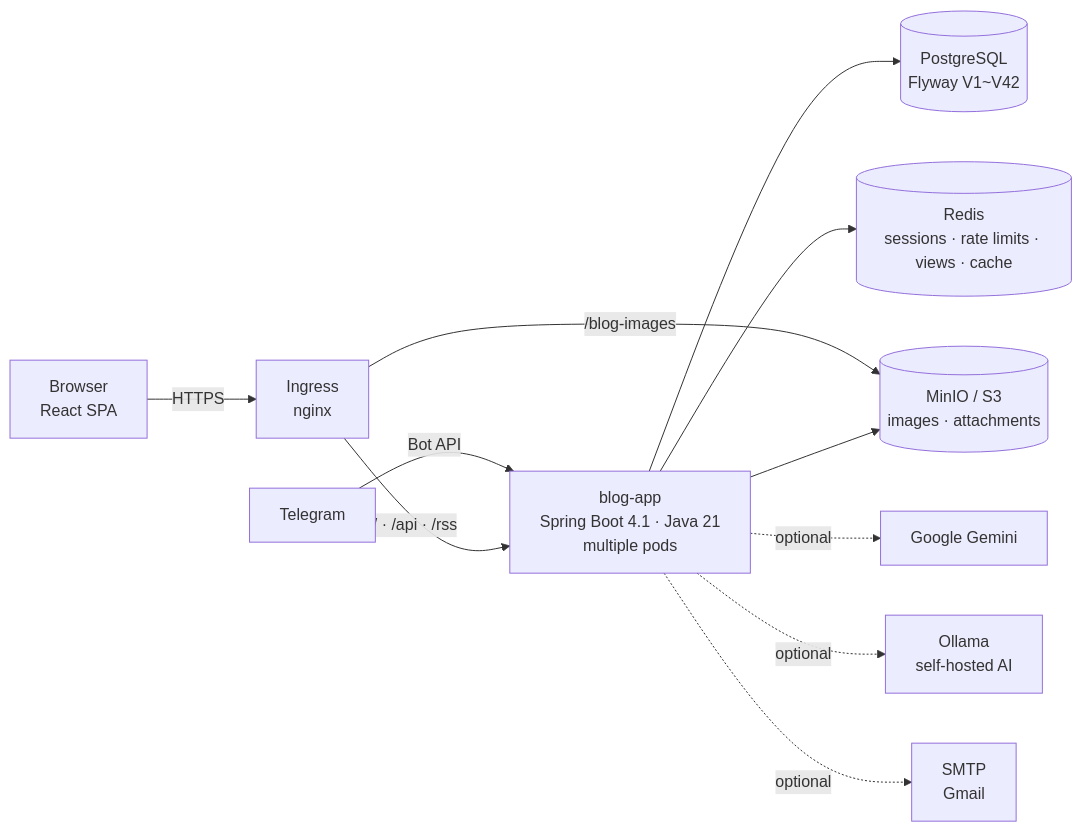
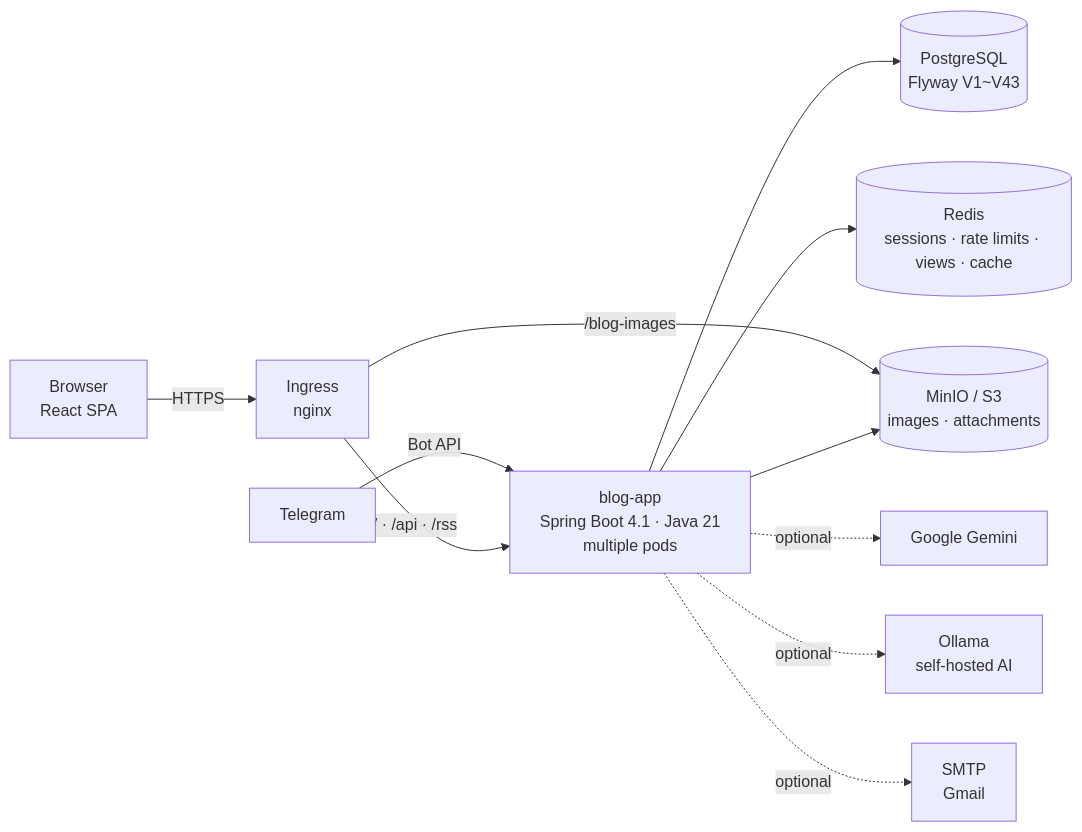
The first of 3 diagrams in README.en.md (AIGJ-01-002-blog/devlog), drawn with Mermaid before and after one commit. The commit also changed other lines of this file and 49 other files, not shown here.

````diff
--- a/README.en.md
+++ b/README.en.md
@@ -151,13 +151,13 @@
 ```mermaid
 flowchart LR
     B[Browser<br/>React SPA] -->|HTTPS| I[Ingress<br/>nginx]
     T[Telegram] -->|Bot API| A
     I -->|/ · /api · /rss| A[blog-app<br/>Spring Boot 4.1 · Java 21<br/>multiple pods]
     I -->|/blog-images| M[(MinIO / S3<br/>images · attachments)]
-    A --> P[(PostgreSQL<br/>Flyway V1~V42)]
+    A --> P[(PostgreSQL<br/>Flyway V1~V43)]
     A --> R[(Redis<br/>sessions · rate limits · views · cache)]
     A --> M
     A -.optional.-> G[Google Gemini]
     A -.optional.-> O[Ollama<br/>self-hosted AI]
     A -.optional.-> S[SMTP<br/>Gmail]
 ```
````
